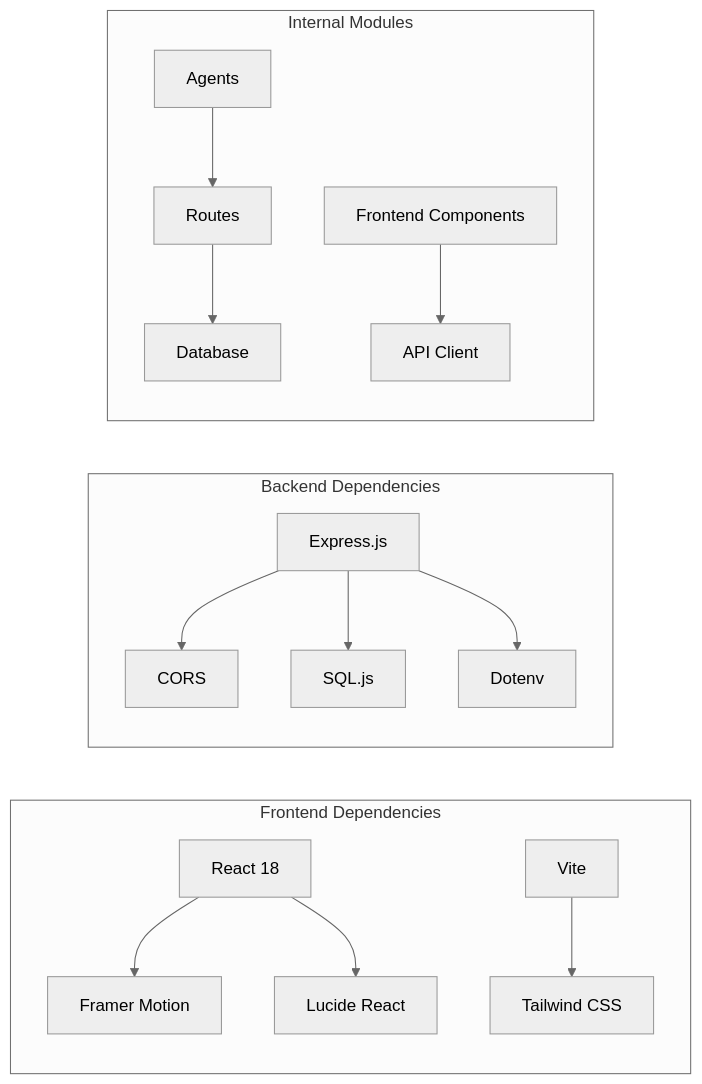
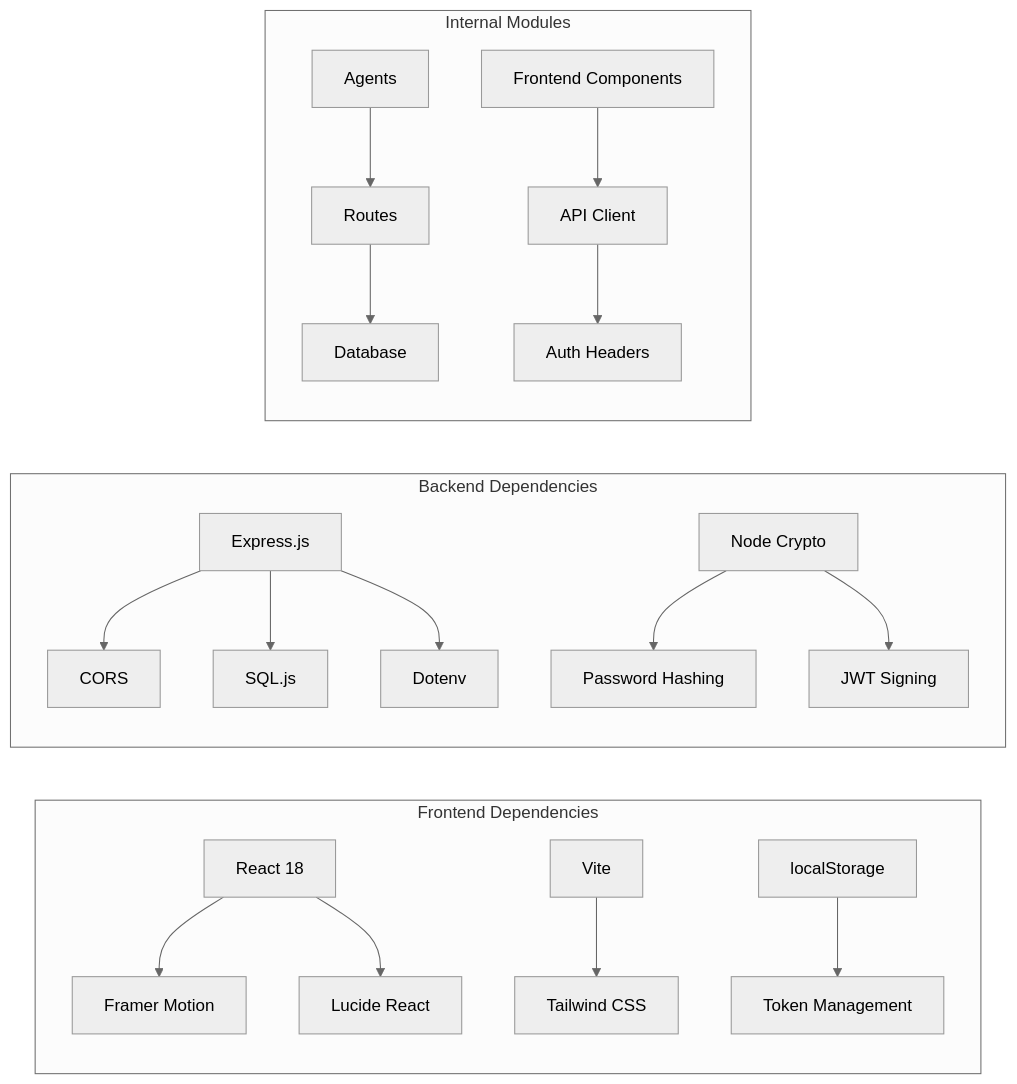
Before and after one commit to Alishba-Moin/CareerCompass: the third of 3 diagrams in .qoder/repowiki/en/content/Project Overview.md, drawn with Mermaid (neutral theme). The commit also changed other lines of this file and 17 other files, not shown here.

````diff
--- a/.qoder/repowiki/en/content/Project Overview.md
+++ b/.qoder/repowiki/en/content/Project Overview.md
@@ -273,18 +347,22 @@
 ```mermaid
 graph LR
 subgraph "Frontend Dependencies"
 A["React 18"] --> B["Framer Motion"]
 A --> C["Lucide React"]
 D["Vite"] --> E["Tailwind CSS"]
+F["localStorage"] --> G["Token Management"]
 end
 subgraph "Backend Dependencies"
-F["Express.js"] --> G["CORS"]
-F --> H["SQL.js"]
-F --> I["Dotenv"]
+H["Express.js"] --> I["CORS"]
+H --> J["SQL.js"]
+H --> K["Dotenv"]
+L["Node Crypto"] --> M["Password Hashing"]
+L --> N["JWT Signing"]
 end
 subgraph "Internal Modules"
-J["Agents"] --> K["Routes"]
-K --> L["Database"]
-M["Frontend Components"] --> N["API Client"]
+O["Agents"] --> P["Routes"]
+P --> Q["Database"]
+R["Frontend Components"] --> S["API Client"]
+S --> T["Auth Headers"]
 end
 ```
````
